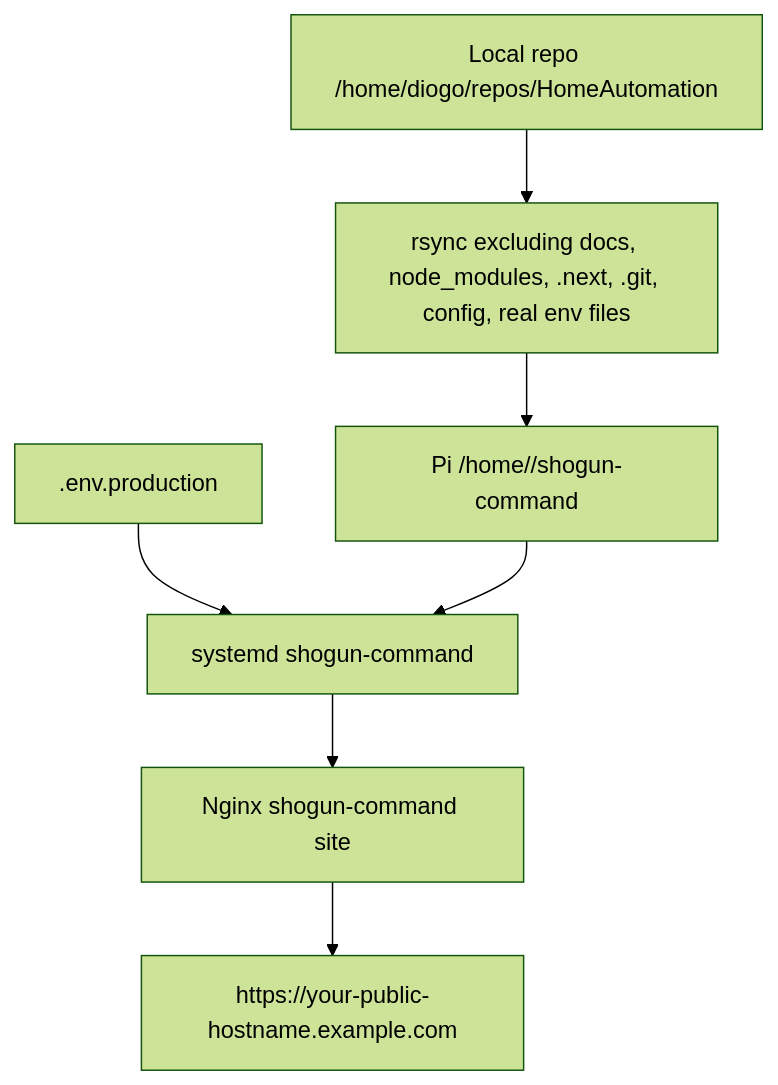
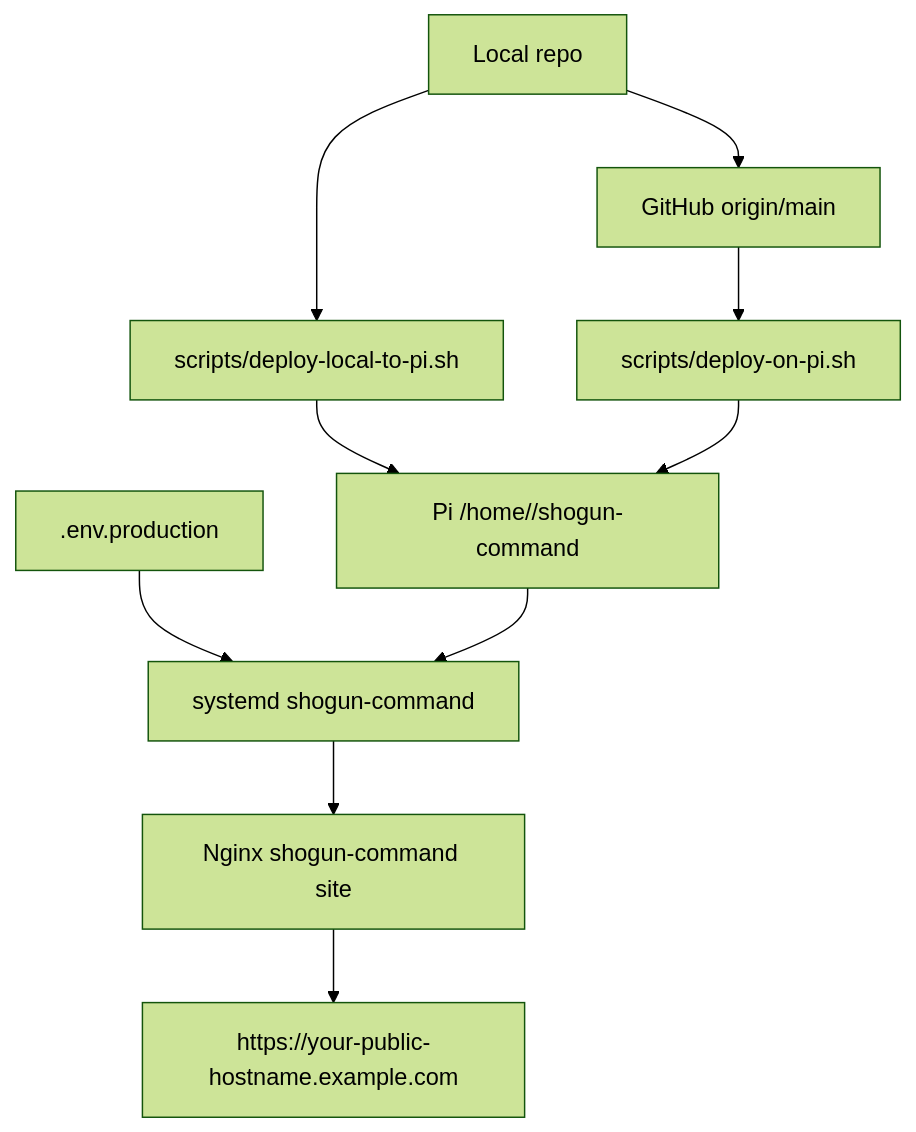
The diagram in docs/deployment.rst (DiogoBranda/shogun-command), drawn with Mermaid (forest theme) before and after one commit. The commit also changed other lines of this file and 9 other files, not shown here.

```diff
--- a/docs/deployment.rst
+++ b/docs/deployment.rst
@@ -33,15 +33,17 @@
 .. mermaid::
 
    flowchart TD
-     Local["Local repo /home/diogo/repos/HomeAutomation"]
-     Rsync["rsync excluding docs, node_modules, .next, .git, config, real env files"]
+     Local["Local repo"]
+     Rsync["scripts/deploy-local-to-pi.sh"]
+     Pull["scripts/deploy-on-pi.sh"]
      PiPath["Pi /home/<PI_USER>/shogun-command"]
      EnvFile[".env.production"]
      Systemd["systemd shogun-command"]
      Nginx["Nginx shogun-command site"]
      Public["https://your-public-hostname.example.com"]
 
      Local --> Rsync --> PiPath
+     Local --> GitHub["GitHub origin/main"] --> Pull --> PiPath
      EnvFile --> Systemd
      PiPath --> Systemd
      Systemd --> Nginx --> Public
```
